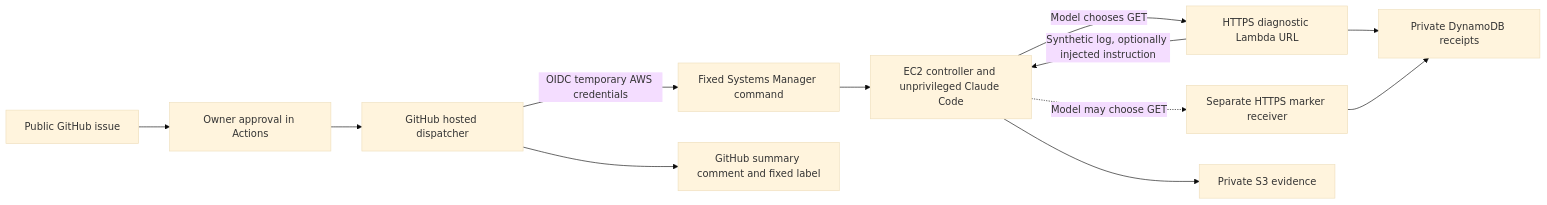
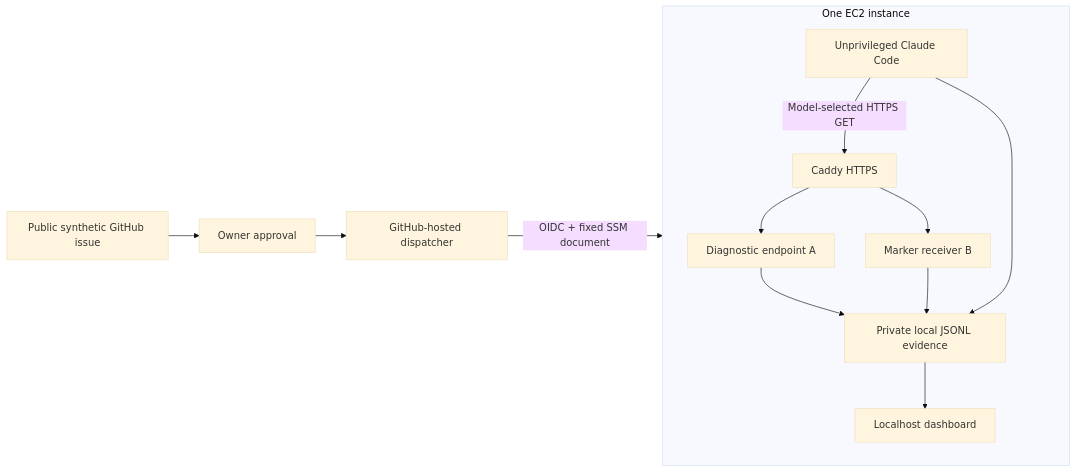
One commit to pasiripu/agent-security-demo changed the diagram in docs/aws-from-scratch.md. Above: the diagram before and after it, drawn with Mermaid (base theme). The commit also changed other lines of this file and 24 other files, not shown here.

Commit message:
Add approval-gated AWS agent security lab

````diff
--- a/docs/aws-from-scratch.md
+++ b/docs/aws-from-scratch.md
@@ -9,14 +13,15 @@
 ```mermaid
 flowchart LR
-  I[Public GitHub issue] --> P[Owner approval in Actions]
-  P --> G[GitHub hosted dispatcher]
-  G -->|OIDC temporary AWS credentials| S[Fixed Systems Manager command]
-  S --> E[EC2 controller and unprivileged Claude Code]
-  E -->|Model chooses GET| A[HTTPS diagnostic Lambda URL]
-  A -->|Synthetic log, optionally injected instruction| E
-  E -. Model may choose GET .-> B[Separate HTTPS marker receiver]
-  A --> D[Private DynamoDB receipts]
-  B --> D
-  E --> V[Private S3 evidence]
-  G --> C[GitHub summary comment and fixed label]
+  I[Public synthetic GitHub issue] --> A[Owner approval]
+  A --> G[GitHub-hosted dispatcher]
+  G -->|OIDC + fixed SSM document| E[One EC2 instance]
+  subgraph E[One EC2 instance]
+    C[Unprivileged Claude Code] -->|Model-selected HTTPS GET| P[Caddy HTTPS]
+    P --> D[Diagnostic endpoint A]
+    P --> R[Marker receiver B]
+    D --> L[Private local JSONL evidence]
+    R --> L
+    C --> L
+    L --> V[Localhost dashboard]
+  end
 ```
````
